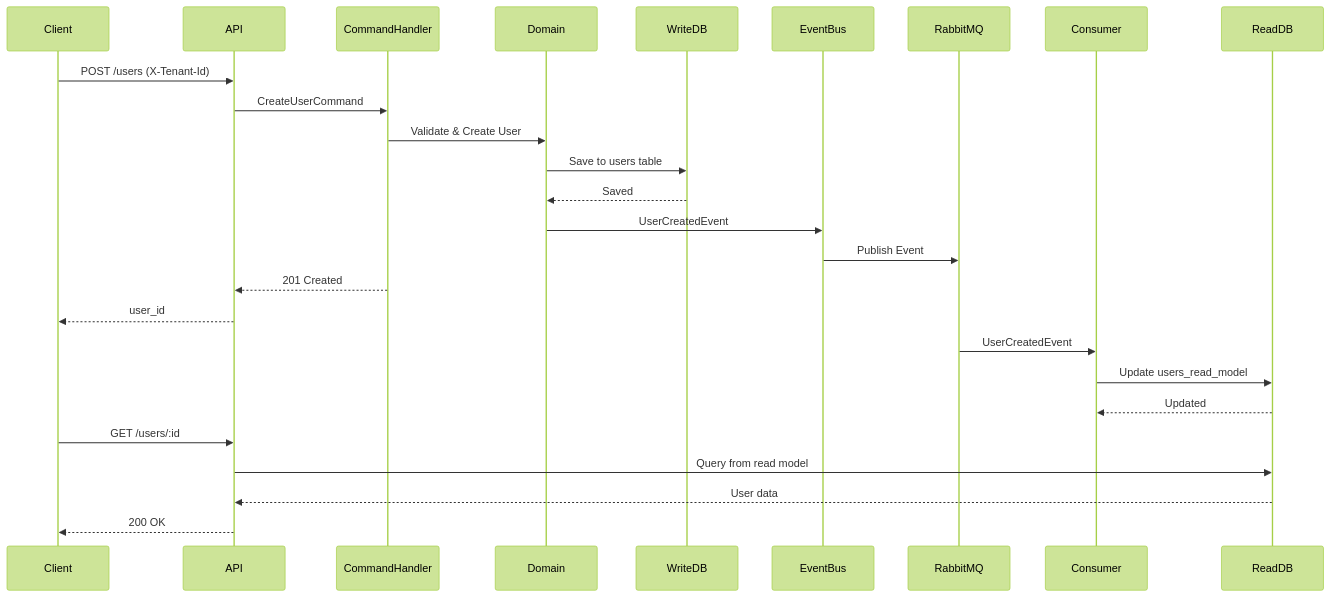
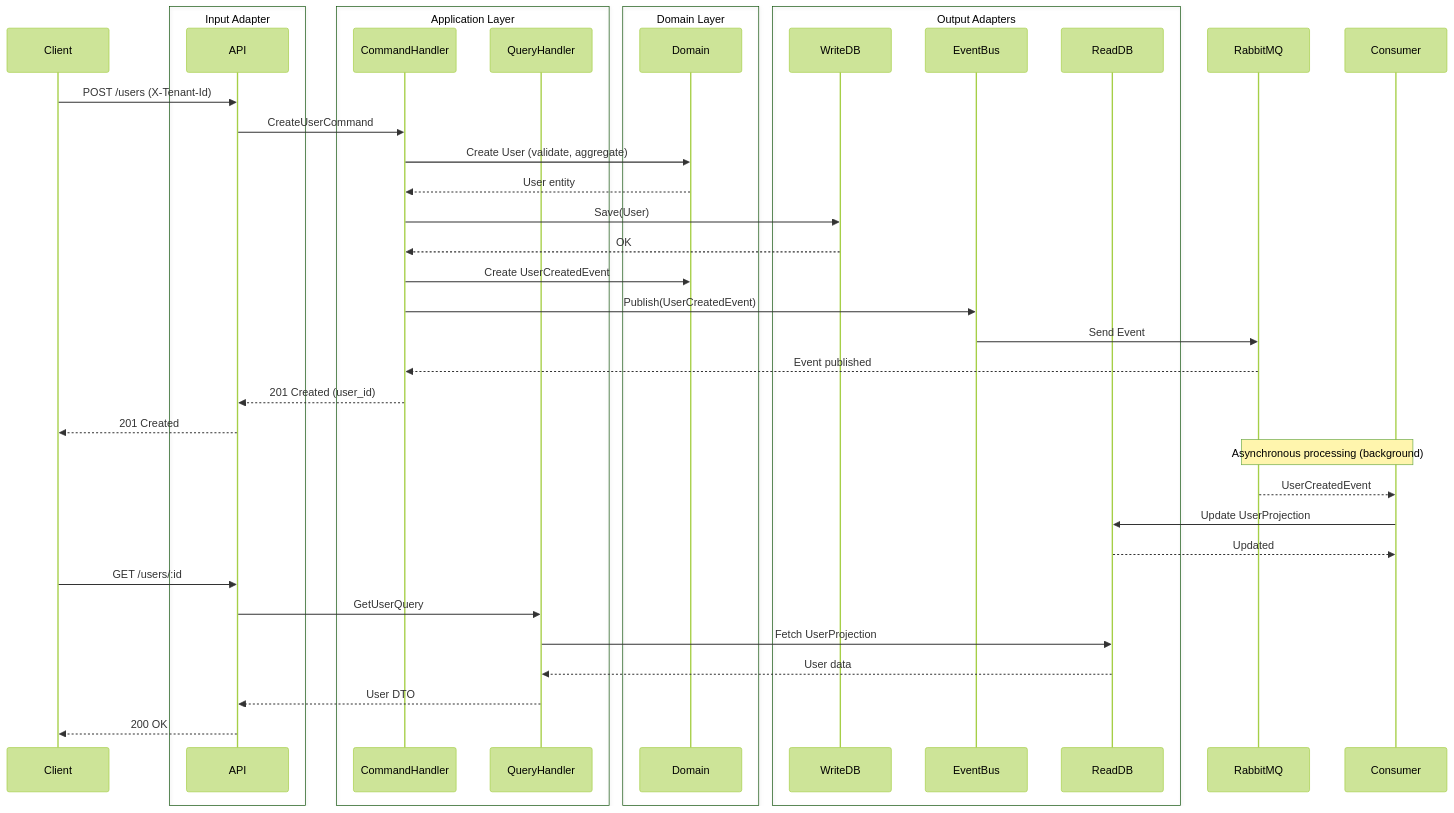
One commit to carlosCACB333/go-hexagonal changed the diagram in README.md. Above: the diagram before and after it, drawn with Mermaid (forest theme). The commit also changed other lines of this file, not shown here.

Commit message:
refactor: update project structure in README.md for clarity and organization

````diff
--- a/README.md
+++ b/README.md
@@ -146,31 +149,49 @@
 ```mermaid
 sequenceDiagram
     participant Client
-    participant API
-    participant CommandHandler
-    participant Domain
-    participant WriteDB
-    participant EventBus
+    box Input Adapter
+        participant API
+    end
+    box Application Layer
+        participant CommandHandler
+        participant QueryHandler
+    end
+    box Domain Layer
+        participant Domain
+    end
+    box Output Adapters
+        participant WriteDB
+        participant EventBus
+        participant ReadDB
+    end
     participant RabbitMQ
     participant Consumer
-    participant ReadDB
-    
+
     Client->>API: POST /users (X-Tenant-Id)
     API->>CommandHandler: CreateUserCommand
-    CommandHandler->>Domain: Validate & Create User
-    Domain->>WriteDB: Save to users table
-    WriteDB-->>Domain: Saved
-    Domain->>EventBus: UserCreatedEvent
-    EventBus->>RabbitMQ: Publish Event
-    CommandHandler-->>API: 201 Created
-    API-->>Client: user_id
-    
-    RabbitMQ->>Consumer: UserCreatedEvent
-    Consumer->>ReadDB: Update users_read_model
+    CommandHandler->>Domain: Create User (validate, aggregate)
+    Domain-->>CommandHandler: User entity
+    CommandHandler->>WriteDB: Save(User)
+    WriteDB-->>CommandHandler: OK
+    CommandHandler->>Domain: Create UserCreatedEvent
+    CommandHandler->>EventBus: Publish(UserCreatedEvent)
+    EventBus->>RabbitMQ: Send Event
+
+   
+    RabbitMQ-->>CommandHandler: Event published
+    CommandHandler-->>API: 201 Created (user_id)
+    API-->>Client: 201 Created
+
+    Note over RabbitMQ,Consumer: Asynchronous processing (background)
+    RabbitMQ-->>Consumer: UserCreatedEvent
+    Consumer->>ReadDB: Update UserProjection
     ReadDB-->>Consumer: Updated
-    
+
     Client->>API: GET /users/:id
-    API->>ReadDB: Query from read model
-    ReadDB-->>API: User data
+    API->>QueryHandler: GetUserQuery
+    QueryHandler->>ReadDB: Fetch UserProjection
+    ReadDB-->>QueryHandler: User data
+    QueryHandler-->>API: User DTO
     API-->>Client: 200 OK
+
 ```
````
